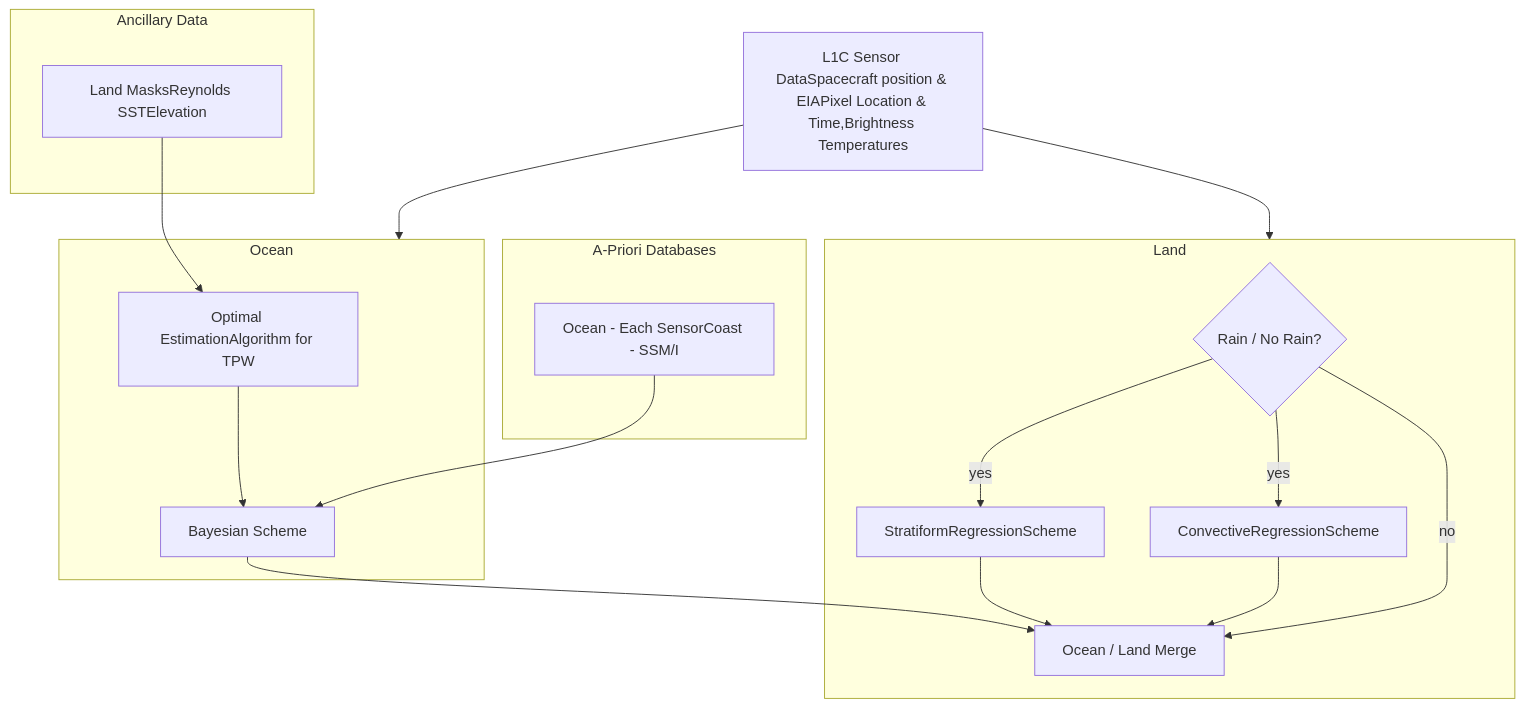
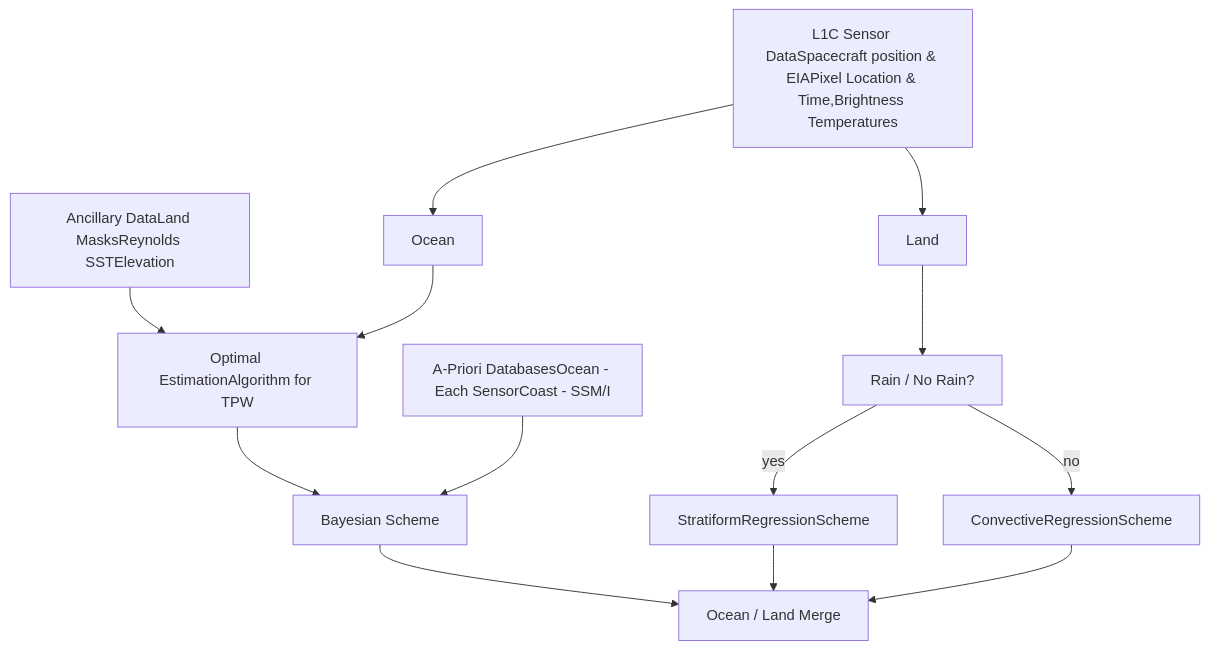
Before and after one commit to tiagoguilhermino/llminpe: the first of 2 diagrams in docs/parse/the_evolution_of_the_Goddard_Profiling_Algorithm_to_a_fully_parametric_Scheme.md, drawn with Mermaid. The commit also changed other lines of this file and 7 other files, not shown here.

````diff
--- a/docs/parse/the_evolution_of_the_Goddard_Profiling_Algorithm_to_a_fully_parametric_Scheme.md
+++ b/docs/parse/the_evolution_of_the_Goddard_Profiling_Algorithm_to_a_fully_parametric_Scheme.md
@@ -116,30 +106,27 @@
 ```mermaid
 graph TD
-    L1C[L1C Sensor DataSpacecraft position & EIAPixel Location & Time,Brightness Temperatures] --> Ocean
+    L1C["L1C Sensor DataSpacecraft position & EIAPixel Location & Time,Brightness Temperatures"]
+    Ancillary["Ancillary DataLand MasksReynolds SSTElevation"]
+    APriori["A-Priori DatabasesOcean - Each SensorCoast - SSM/I"]
+    Ocean["Ocean"]
+    Land["Land"]
+    Optimal["Optimal EstimationAlgorithm for TPW"]
+    RainNoRain["Rain / No Rain?"]
+    Bayesian["Bayesian Scheme"]
+    StratReg["StratiformRegressionScheme"]
+    ConvReg["ConvectiveRegressionScheme"]
+    Merge["Ocean / Land Merge"]
+
+    L1C --> Ocean
     L1C --> Land
-
-    subgraph Ancillary[Ancillary Data]
-        AD[Land MasksReynolds SSTElevation]
-    end
-    AD --> OE
-
-    subgraph Ocean[Ocean]
-        OE[Optimal EstimationAlgorithm for TPW] --> BS[Bayesian Scheme]
-    end
-
-    subgraph APriori[A-Priori Databases]
-        APD[Ocean - Each SensorCoast - SSM/I]
-    end
-    APD --> BS
-
-    subgraph Land[Land]
-        RNR{Rain / No Rain?}
-        RNR -- yes --> SR[StratiformRegressionScheme]
-        RNR -- yes --> CR[ConvectiveRegressionScheme]
-        RNR -- no --> OLM
-    end
-
-    BS --> OLM[Ocean / Land Merge]
-    SR --> OLM
-    CR --> OLM
+    Ancillary --> Optimal
+    Optimal --> Bayesian
+    APriori --> Bayesian
+    Ocean --> Optimal
+    Land --> RainNoRain
+    RainNoRain -->|yes| StratReg
+    RainNoRain -->|no| ConvReg
+    Bayesian --> Merge
+    StratReg --> Merge
+    ConvReg --> Merge
 ```
````
